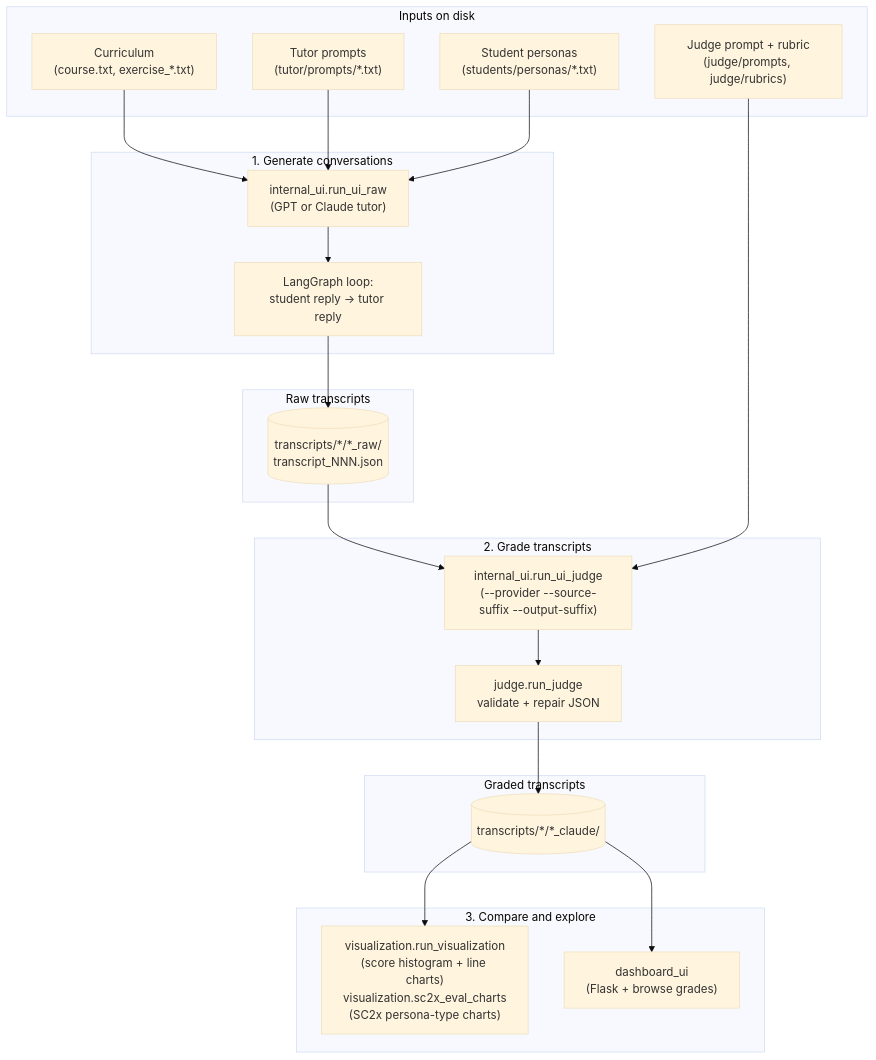
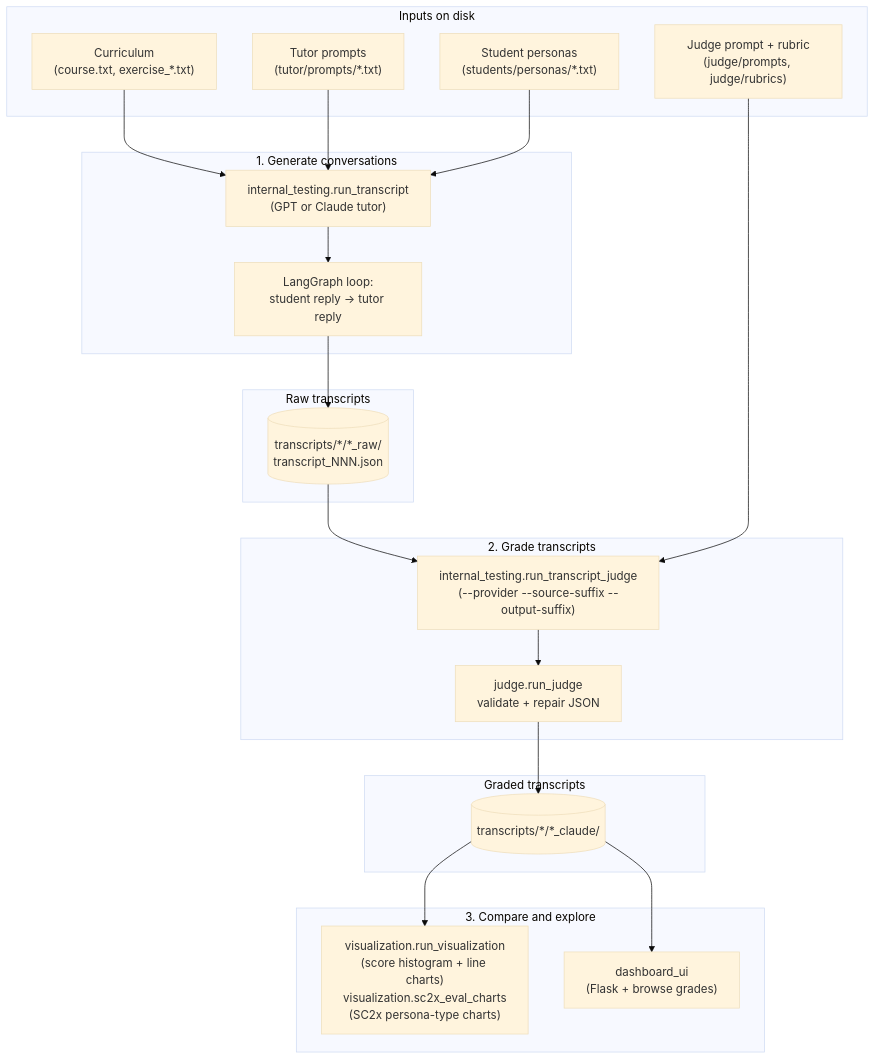
The third of 3 diagrams in README.md (bonbon-on-fire/asktim_llm_tutor_project), drawn with Mermaid (base theme) before and after one commit. The commit also changed other lines of this file and 16 other files, not shown here.

First line of the commit message:
refactor: update internal references after internal_ui -> internal_testing rename

````diff
--- a/README.md
+++ b/README.md
@@ -166,42 +166,42 @@
 ```mermaid
 flowchart TD
     subgraph inputs["Inputs on disk"]
         CUR["Curriculum\n(course.txt, exercise_*.txt)"]
         TUT["Tutor prompts\n(tutor/prompts/*.txt)"]
         PER["Student personas\n(students/personas/*.txt)"]
         JR["Judge prompt + rubric\n(judge/prompts, judge/rubrics)"]
     end
 
     subgraph gen["1. Generate conversations"]
-        UIRAW["internal_ui.run_ui_raw\n(GPT or Claude tutor)"]
+        UIRAW["internal_testing.run_transcript\n(GPT or Claude tutor)"]
         LOOP["LangGraph loop:\nstudent reply → tutor reply"]
     end
 
     subgraph rawstore["Raw transcripts"]
         RAWF[("transcripts/*/*_raw/\ntranscript_NNN.json")]
     end
 
     subgraph judge["2. Grade transcripts"]
-        UIJ["internal_ui.run_ui_judge\n(--provider --source-suffix --output-suffix)"]
+        UIJ["internal_testing.run_transcript_judge\n(--provider --source-suffix --output-suffix)"]
         JG["judge.run_judge\nvalidate + repair JSON"]
     end
 
     subgraph gradedstore["Graded transcripts"]
         GF[("transcripts/*/*_claude/")]
     end
 
     subgraph view["3. Compare and explore"]
         VIZ["visualization.run_visualization\n(score histogram + line charts)\nvisualization.sc2x_eval_charts\n(SC2x persona-type charts)"]
         DASH["dashboard_ui\n(Flask + browse grades)"]
     end
 
     CUR --> UIRAW
     TUT --> UIRAW
     PER --> UIRAW
     UIRAW --> LOOP --> RAWF
     RAWF --> UIJ
     JR --> UIJ
     UIJ --> JG --> GF
     GF --> VIZ
     GF --> DASH
 ```
````
